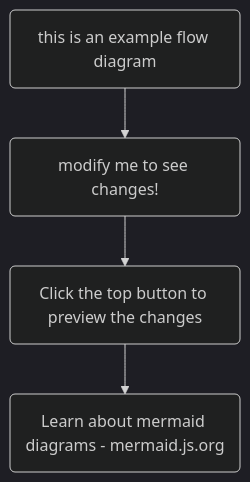
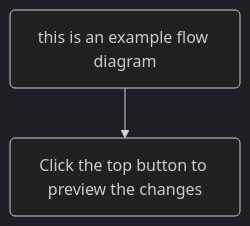
Before and after one commit to tinacms/tina-docs: the first of 5 diagrams in content/docs/components/mermaid-diagrams.mdx, drawn with Mermaid (dark theme). The commit also changed other lines of this file and 51 other files, not shown here.

Commit message:
capitalizing api path titles, fixing recipe shiki singleton warnings, adding backgrounds to fix contrast issue with mermaid components, swapping default theme to monochrome, fixing recipe component newline spacing bug

````diff
--- a/content/docs/components/mermaid-diagrams.mdx
+++ b/content/docs/components/mermaid-diagrams.mdx
@@ -23,9 +167,6 @@
 ```mermaid
 %% This won't render without implementing a rendering engine (e.g. mermaid on npm)
 flowchart TD
     id1(this is an example flow diagram) 
-    --> id2(modify me to see changes!)
-    id2 
     --> id3(Click the top button to preview the changes)
-    --> id4(Learn about mermaid diagrams - mermaid.js.org)
 ```
````
